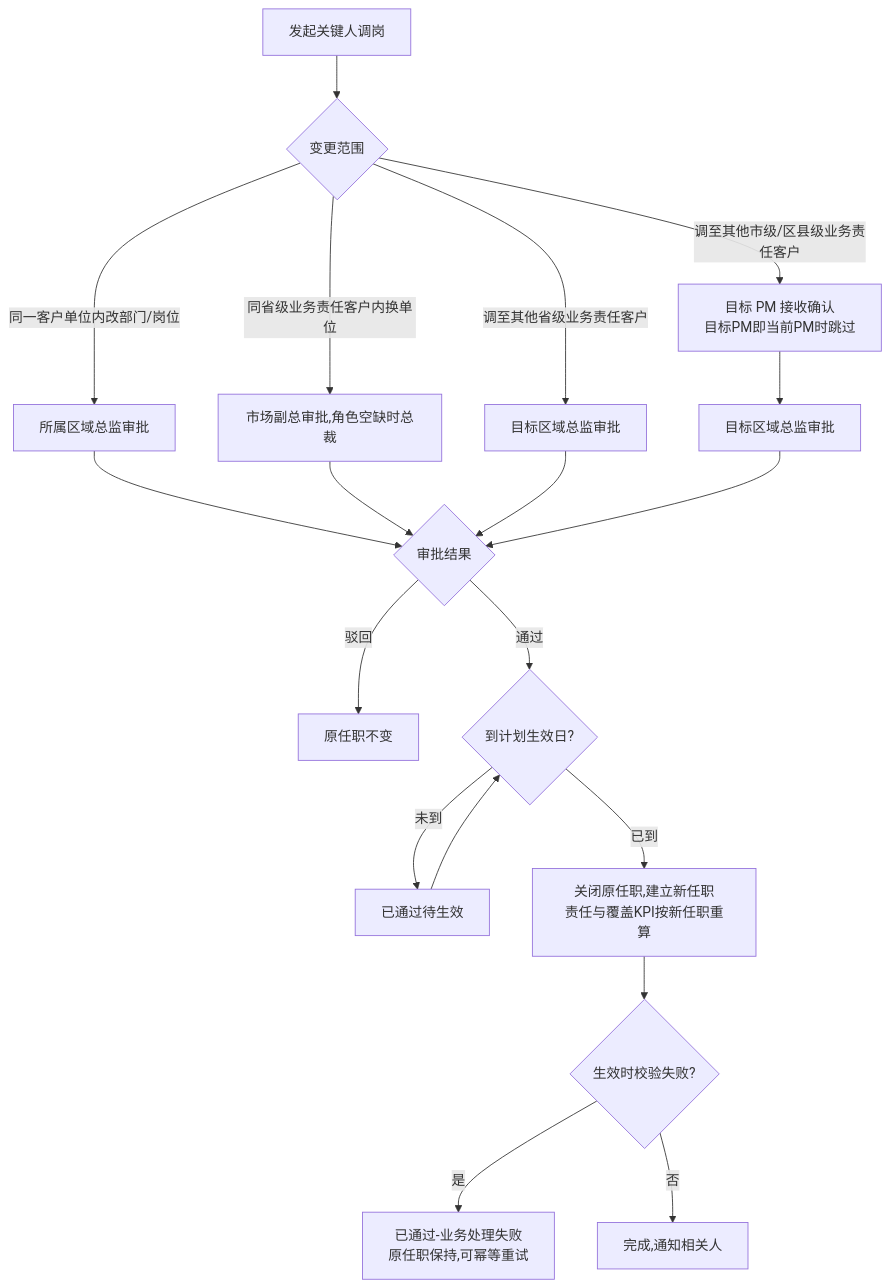
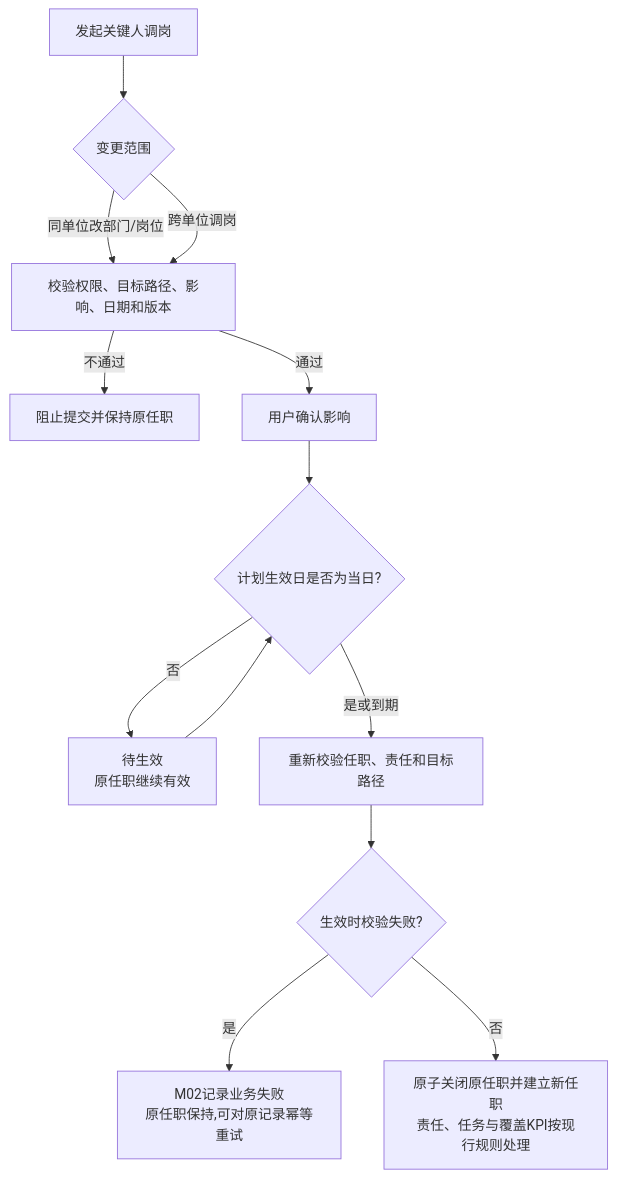
Before and after one commit to Joker-1030/Yingjia-Internal-Management-System: the diagram in prd-workspace/current/user-flows/FLOW-02-M02-key-contact-transfer.md, drawn with Mermaid. The commit also changed other lines of this file and 95 other files, not shown here.

````diff
--- a/prd-workspace/current/user-flows/FLOW-02-M02-key-contact-transfer.md
+++ b/prd-workspace/current/user-flows/FLOW-02-M02-key-contact-transfer.md
@@ -8,21 +8,15 @@
 ```mermaid
 flowchart TD
     A[发起关键人调岗] --> B{变更范围}
-    B -- 同一客户单位内改部门/岗位 --> C[所属区域总监审批]
-    B -- 同省级业务责任客户内换单位 --> D[市场副总审批,角色空缺时总裁]
-    B -- 调至其他市级/区县级业务责任客户 --> E[目标 PM 接收确认<br/>目标PM即当前PM时跳过]
-    B -- 调至其他省级业务责任客户 --> F[目标区域总监审批]
-    E --> G[目标区域总监审批]
-    C --> H{审批结果}
-    D --> H
-    F --> H
-    G --> H
-    H -- 驳回 --> I[原任职不变]
-    H -- 通过 --> J{到计划生效日?}
-    J -- 未到 --> K[已通过待生效]
+    B -- 同单位改部门/岗位 --> C[校验权限、目标路径、影响、日期和版本]
+    B -- 跨单位调岗 --> C
+    C -- 不通过 --> D[阻止提交并保持原任职]
+    C -- 通过 --> E[用户确认影响]
+    E --> J{计划生效日是否为当日?}
+    J -- 否 --> K[待生效<br/>原任职继续有效]
     K --> J
-    J -- 已到 --> L[关闭原任职,建立新任职<br/>责任与覆盖KPI按新任职重算]
+    J -- 是或到期 --> L[重新校验任职、责任和目标路径]
     L --> M{生效时校验失败?}
-    M -- 是 --> N[已通过-业务处理失败<br/>原任职保持,可幂等重试]
-    M -- 否 --> O[完成,通知相关人]
+    M -- 是 --> N[M02记录业务失败<br/>原任职保持,可对原记录幂等重试]
+    M -- 否 --> O[原子关闭原任职并建立新任职<br/>责任、任务与覆盖KPI按现行规则处理]
 ```
````
